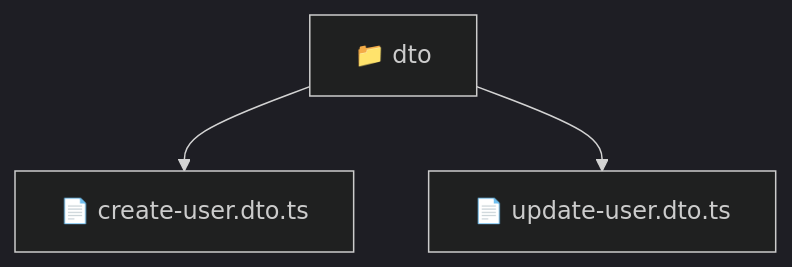
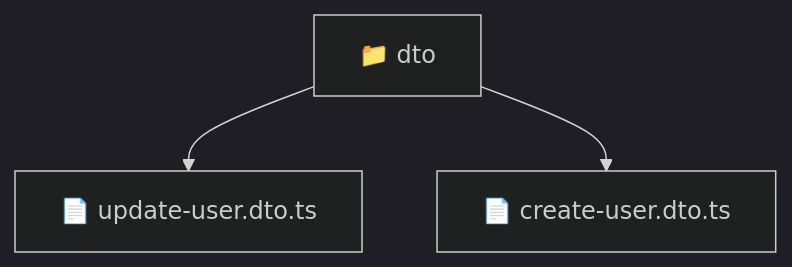
The diagram in backend/src/modules/user/presentation/dto/README.md (beginwebdev2002/fullstack-mavluda), drawn with Mermaid (dark theme) before and after one commit. The commit also changed other lines of this file and 164 other files, not shown here.

First line of the commit message:
docs: generate robust autonomous architectural documentation

````diff
--- a/backend/src/modules/user/presentation/dto/README.md
+++ b/backend/src/modules/user/presentation/dto/README.md
@@ -9,6 +11,6 @@
 ```mermaid
 graph TD
-  Root["📁 dto"]
-  Root --> create_user_dto_ts["📄 create-user.dto.ts"]
-  Root --> update_user_dto_ts["📄 update-user.dto.ts"]
+    f_dto["📁 dto"]
+    f_dto --> f_update_user_dto_ts["📄 update-user.dto.ts"]
+    f_dto --> f_create_user_dto_ts["📄 create-user.dto.ts"]
 ```
````
